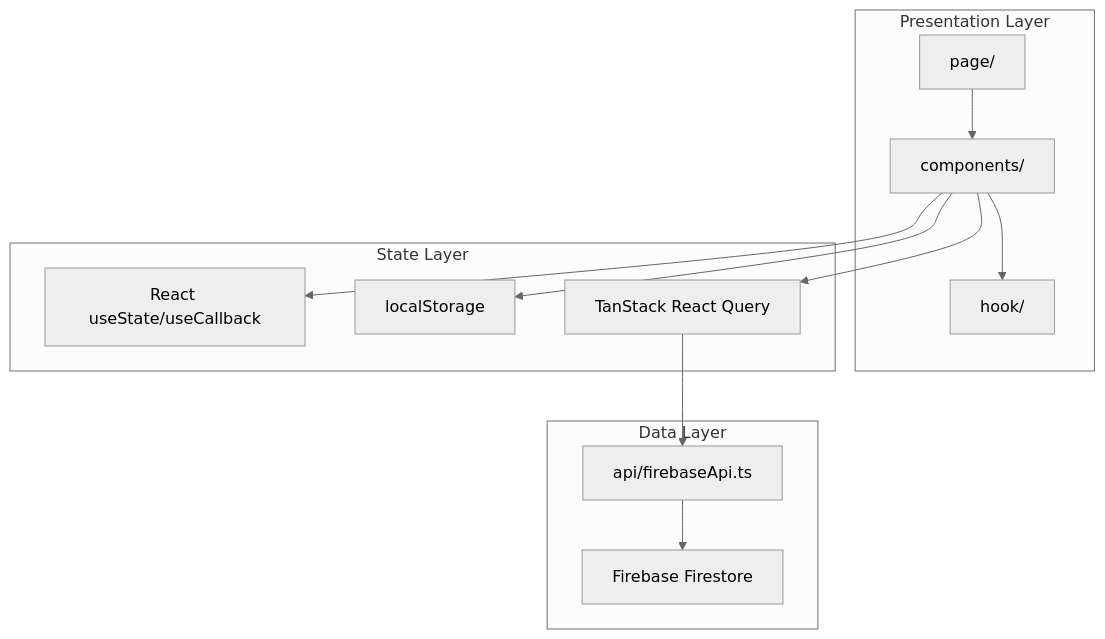
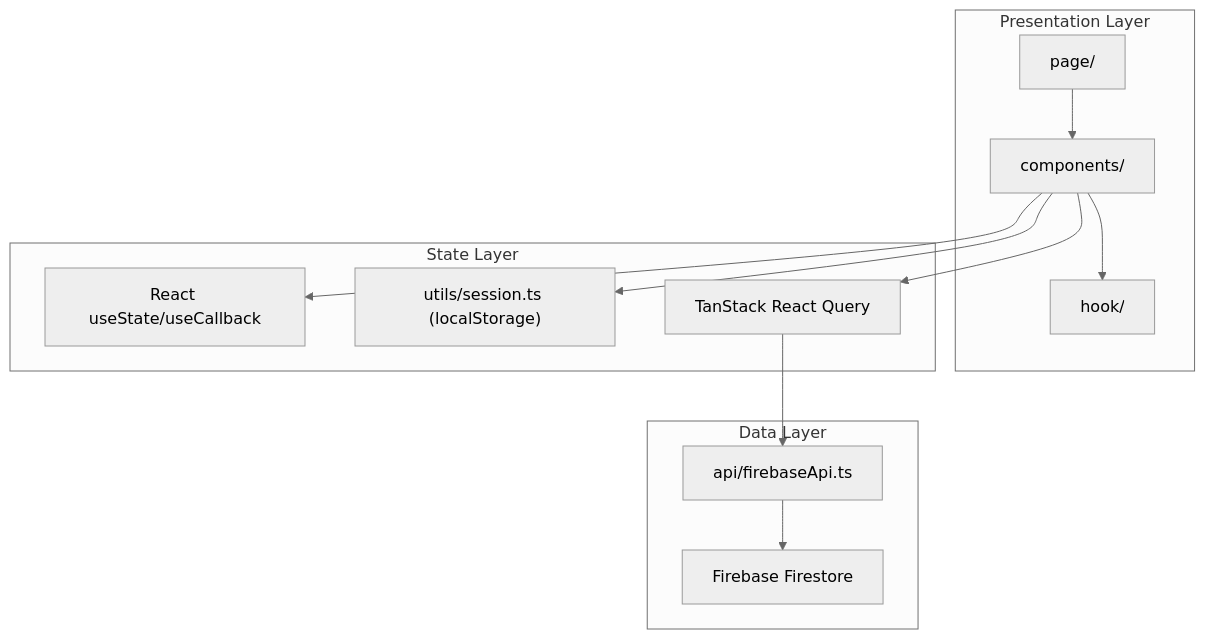
One commit to nemobim/ebul_kcik changed the first of 2 diagrams in docs/ARCHITECTURE.md. Above: the diagram before and after it, drawn with Mermaid (neutral theme). The commit also changed other lines of this file and 6 other files, not shown here.

````diff
--- a/docs/ARCHITECTURE.md
+++ b/docs/ARCHITECTURE.md
@@ -100,27 +107,27 @@
 ```mermaid
 flowchart TB
     subgraph presentation [Presentation Layer]
         Pages["page/"]
         Components["components/"]
         Hooks["hook/"]
     end
 
     subgraph state [State Layer]
         LocalState["React useState/useCallback"]
-        LocalStorage["localStorage"]
+        Session["utils/session.ts (localStorage)"]
         ReactQuery["TanStack React Query"]
     end
 
     subgraph data [Data Layer]
         FirebaseAPI["api/firebaseApi.ts"]
         Firestore["Firebase Firestore"]
     end
 
     Pages --> Components
     Components --> Hooks
     Components --> LocalState
-    Components --> LocalStorage
+    Components --> Session
     Components --> ReactQuery
     ReactQuery --> FirebaseAPI
     FirebaseAPI --> Firestore
 ```
````
